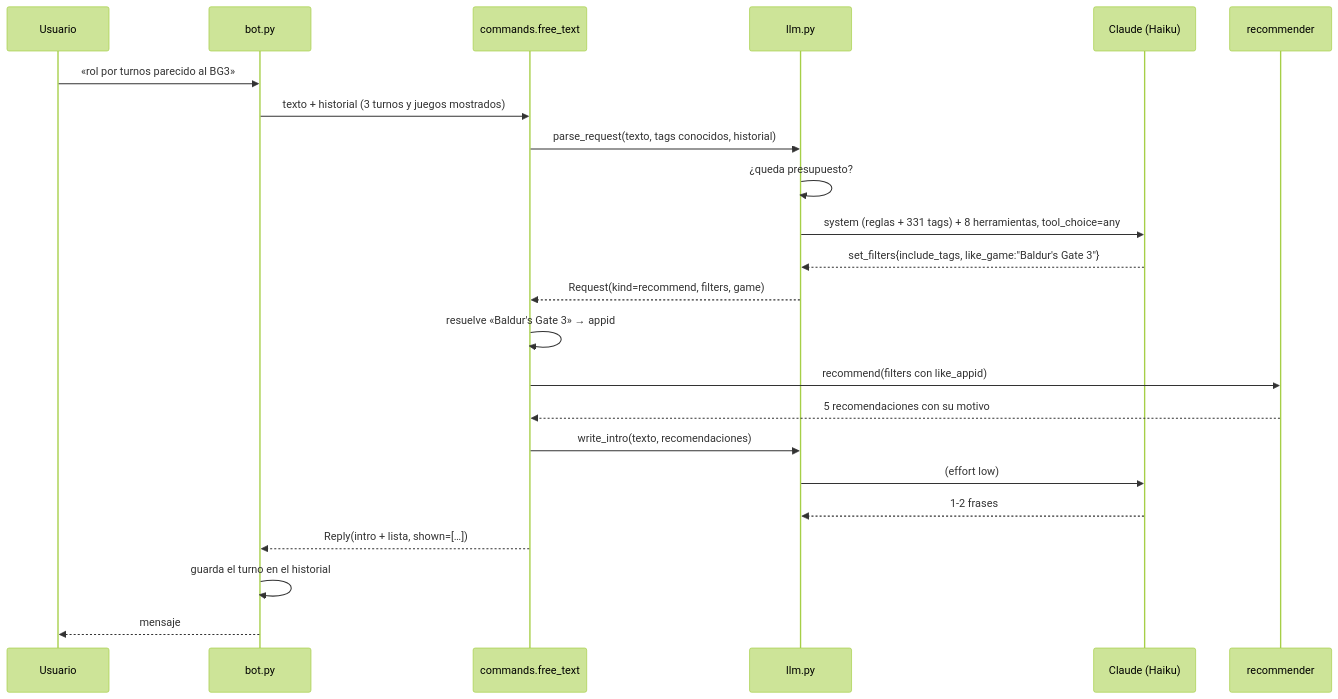
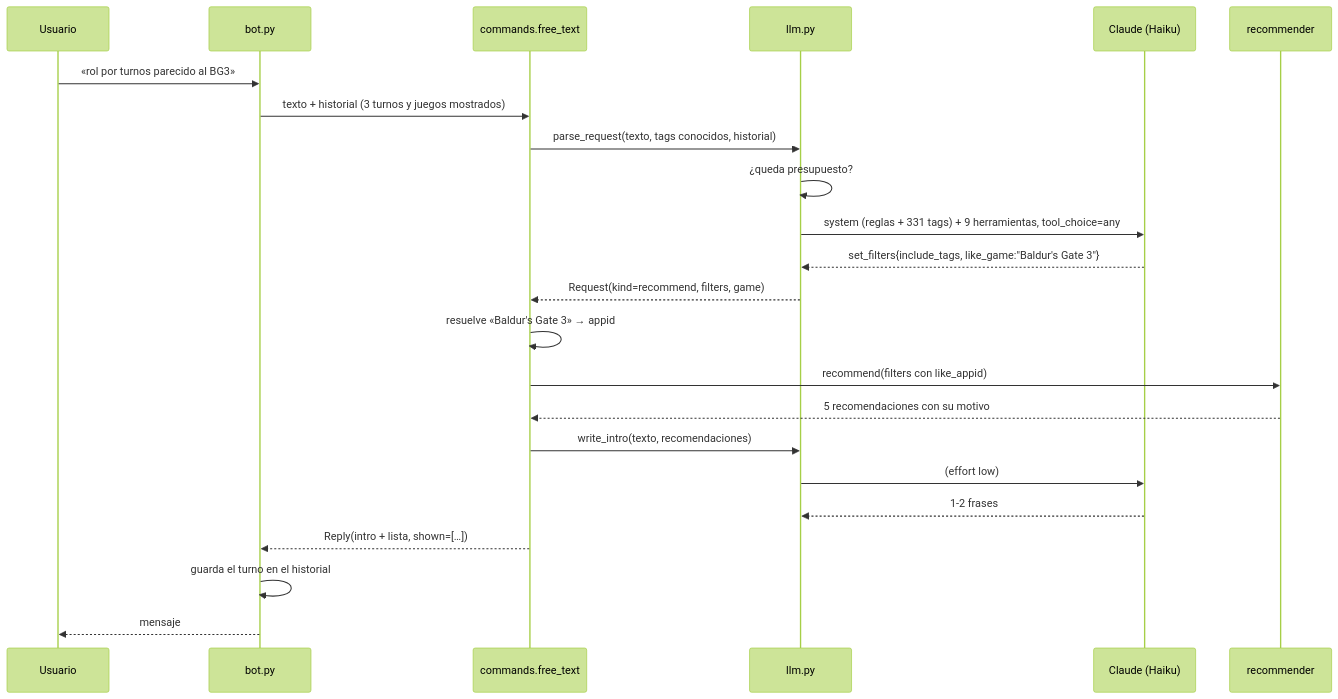
Before and after one commit to Mepoide/steam-backlog: the fourth of 4 diagrams in docs/arquitectura.md, drawn with Mermaid (forest theme). The commit also changed other lines of this file and 1 other file, not shown here.

````diff
--- a/docs/arquitectura.md
+++ b/docs/arquitectura.md
@@ -264,26 +270,26 @@
 ```mermaid
 sequenceDiagram
     participant U as Usuario
     participant B as bot.py
     participant C as commands.free_text
     participant L as llm.py
     participant A as Claude (Haiku)
     participant R as recommender
 
     U->>B: «rol por turnos parecido al BG3»
     B->>C: texto + historial (3 turnos y juegos mostrados)
     C->>L: parse_request(texto, tags conocidos, historial)
     L->>L: ¿queda presupuesto?
-    L->>A: system (reglas + 331 tags) + 8 herramientas, tool_choice=any
+    L->>A: system (reglas + 331 tags) + 9 herramientas, tool_choice=any
     A-->>L: set_filters{include_tags, like_game:"Baldur's Gate 3"}
     L-->>C: Request(kind=recommend, filters, game)
     C->>C: resuelve «Baldur's Gate 3» → appid
     C->>R: recommend(filters con like_appid)
     R-->>C: 5 recomendaciones con su motivo
     C->>L: write_intro(texto, recomendaciones)
     L->>A: (effort low)
     A-->>L: 1-2 frases
     C-->>B: Reply(intro + lista, shown=[…])
     B->>B: guarda el turno en el historial
     B-->>U: mensaje
 ```
````
